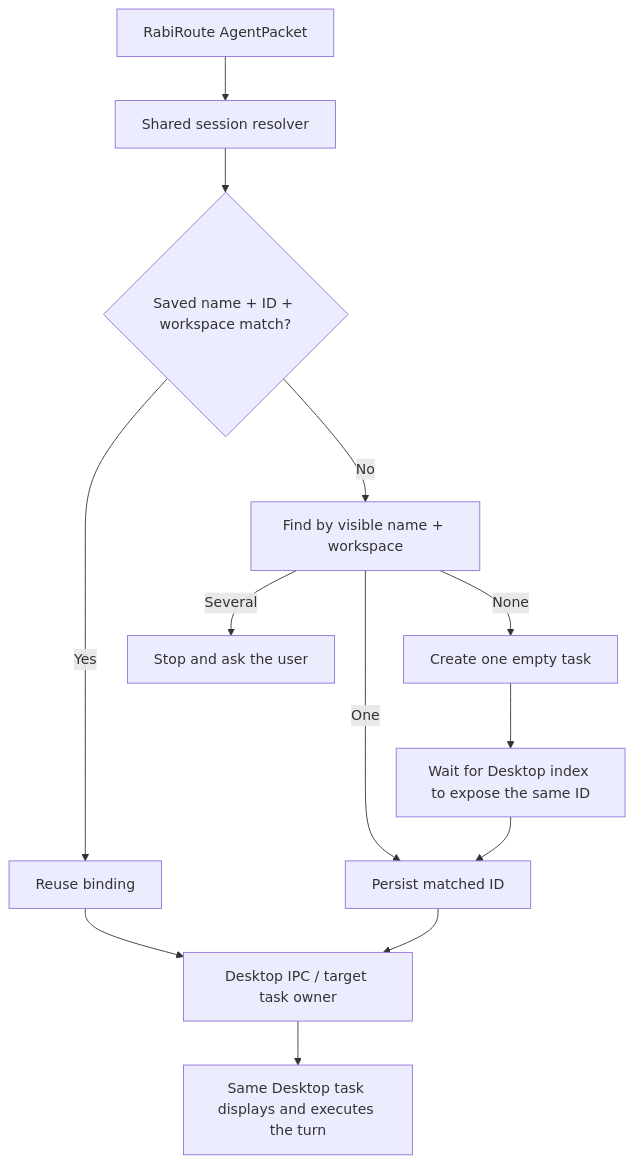
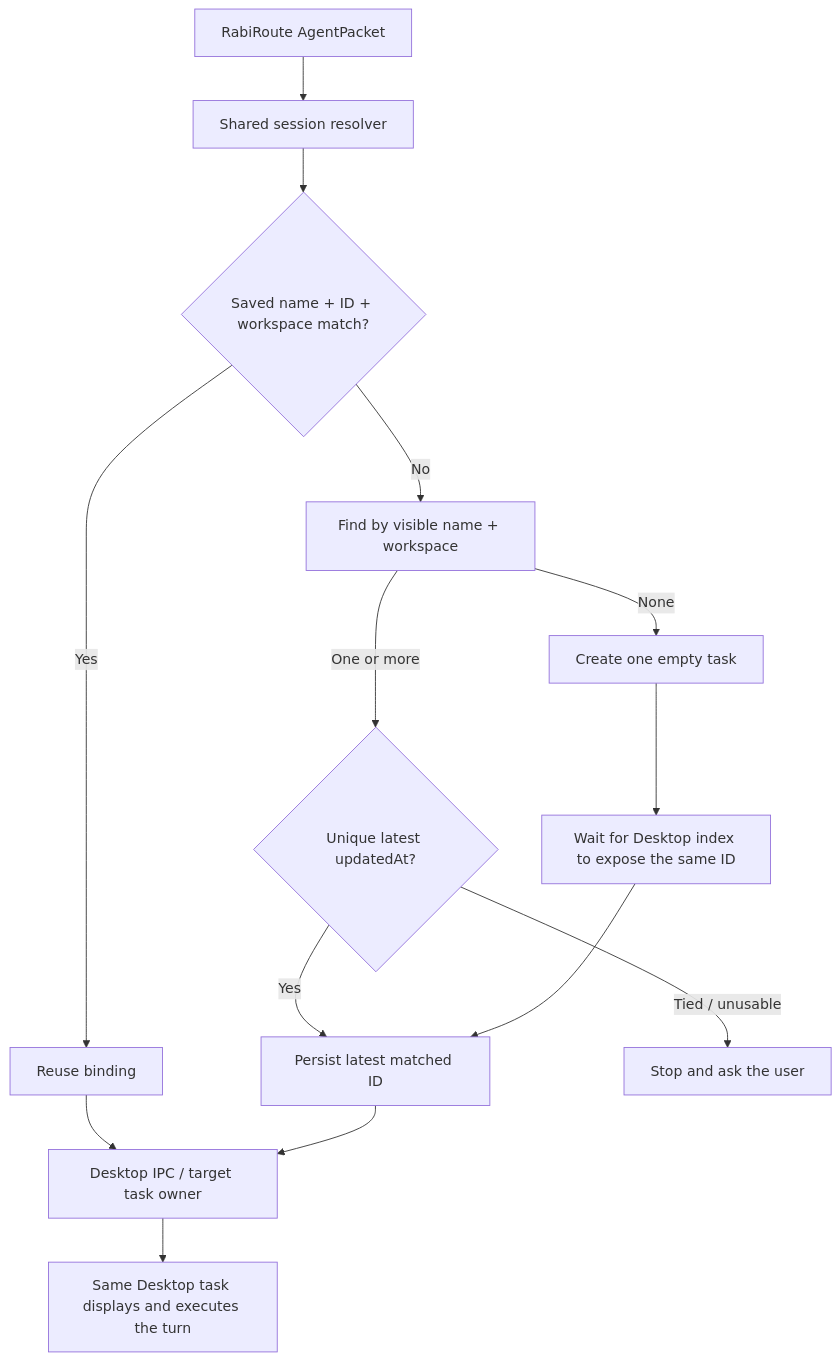
Before and after one commit to vb2250158/RabiRoute: the diagram in docs/codex-desktop-agent-acceptance_en.md, drawn with Mermaid. The commit also changed other lines of this file and 23 other files, not shown here.

````diff
--- a/docs/codex-desktop-agent-acceptance_en.md
+++ b/docs/codex-desktop-agent-acceptance_en.md
@@ -41,15 +41,16 @@
 ```mermaid
 flowchart TD
     P["RabiRoute AgentPacket"] --> R["Shared session resolver"]
     R --> I{"Saved name + ID + workspace match?"}
     I -->|"Yes"| B["Reuse binding"]
     I -->|"No"| N["Find by visible name + workspace"]
-    N -->|"One"| S["Persist matched ID"]
+    N -->|"One or more"| L{"Unique latest updatedAt?"}
+    L -->|"Yes"| S["Persist latest matched ID"]
+    L -->|"Tied / unusable"| A["Stop and ask the user"]
     N -->|"None"| C["Create one empty task"]
-    N -->|"Several"| A["Stop and ask the user"]
     C --> W["Wait for Desktop index to expose the same ID"]
     W --> S
     B --> D["Desktop IPC / target task owner"]
     S --> D
     D --> V["Same Desktop task displays and executes the turn"]
 ```
````
